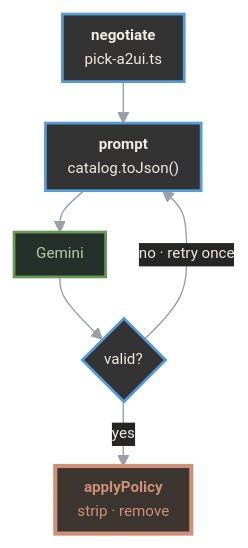
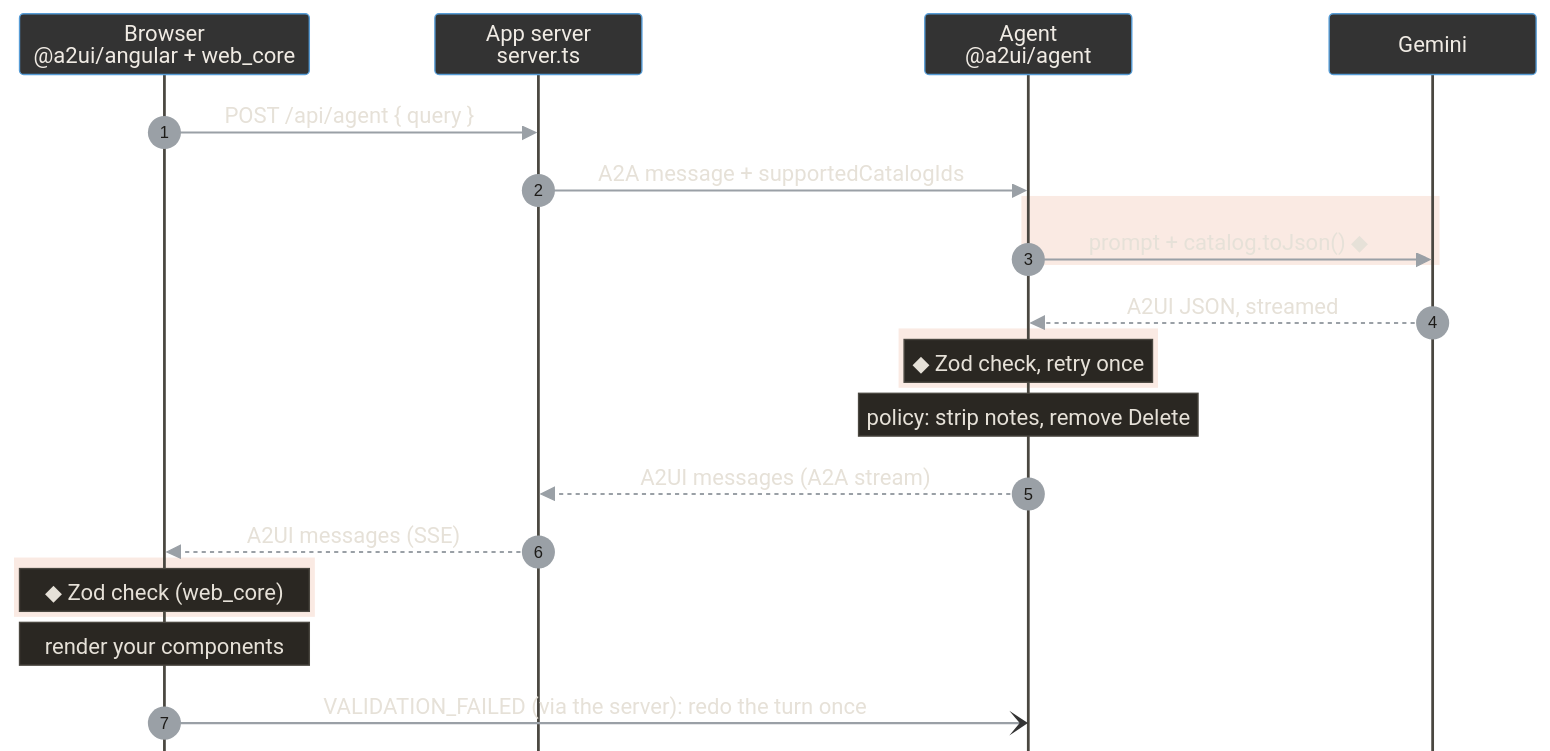
The diagram in slides.md (giorgiogalassi/talk-a2ui), drawn with Mermaid before and after one commit. The commit also changed other lines of this file and 1 other file, not shown here.

First line of the commit message:
deck: libraries slide, pipeline as a sequence diagram with the Zod checkpoints, Trust Boundary title, slide 4 option 2 vs A2UI

````diff
--- a/slides.md
+++ b/slides.md
@@ -550,13 +582,26 @@
-```mermaid {scale: 0.74}
-%%{init: {"theme": "base", "themeVariables": {"fontFamily": "JetBrains Mono, monospace", "fontSize": "11px", "lineColor": "#9aa0a6", "edgeLabelBackground": "#262626", "primaryTextColor": "#f0ebe4"}, "flowchart": {"curve": "basis", "nodeSpacing": 28, "rankSpacing": 30, "padding": 8}}}%%
-flowchart TB
-  A1["<b>negotiate</b><br/>pick-a2ui.ts"] --> A2["<b>prompt</b><br/>catalog.toJson()"] --> A3["Gemini"] --> A4{"valid?"}
-  A4 -- "no · retry once" --> A2
-  A4 -- yes --> A5["<b>applyPolicy</b><br/>strip · remove"]
-  classDef step fill:#333333,stroke:#569cd6,stroke-width:2px,color:#f0ebe4
-  classDef hot fill:#3d3530,stroke:#ce9178,stroke-width:3px,color:#ce9178
-  classDef tool fill:#26302a,stroke:#6a9955,stroke-width:2px,color:#b5cea8
-  class A1,A2,A4 step
-  class A3 tool
-  class A5 hot
+```mermaid {scale: 0.62}
+%%{init: {"theme": "base", "themeVariables": {"fontFamily": "JetBrains Mono, monospace", "fontSize": "13px", "actorBkg": "#333333", "actorBorder": "#569cd6", "actorTextColor": "#f0ebe4", "actorLineColor": "#4a4740", "signalColor": "#9aa0a6", "signalTextColor": "#e6e1d8", "noteBkgColor": "#2a2722", "noteBorderColor": "#4a4740", "noteTextColor": "#e6e1d8", "sequenceNumberColor": "#1d1b18"}, "sequence": {"mirrorActors": false, "actorMargin": 70, "messageMargin": 18, "noteMargin": 6, "boxMargin": 4, "height": 44, "showSequenceNumbers": true}}}%%
+sequenceDiagram
+  autonumber
+  participant B as Browser<br/>@a2ui/angular + web_core
+  participant S as App server<br/>server.ts
+  participant A as Agent<br/>@a2ui/agent
+  participant M as Gemini
+  B->>S: POST /api/agent { query }
+  S->>A: A2A message + supportedCatalogIds
+  rect rgba(224, 122, 80, 0.16)
+  A->>M: prompt + catalog.toJson() ◆
+  end
+  M-->>A: A2UI JSON, streamed
+  rect rgba(224, 122, 80, 0.16)
+  Note over A: ◆ Zod check, retry once
+  end
+  Note over A: policy: strip notes, remove Delete
+  A-->>S: A2UI messages (A2A stream)
+  S-->>B: A2UI messages (SSE)
+  rect rgba(224, 122, 80, 0.16)
+  Note over B: ◆ Zod check (web_core)
+  end
+  Note over B: render your components
+  B-)A: VALIDATION_FAILED (via the server): redo the turn once
 ```
````
